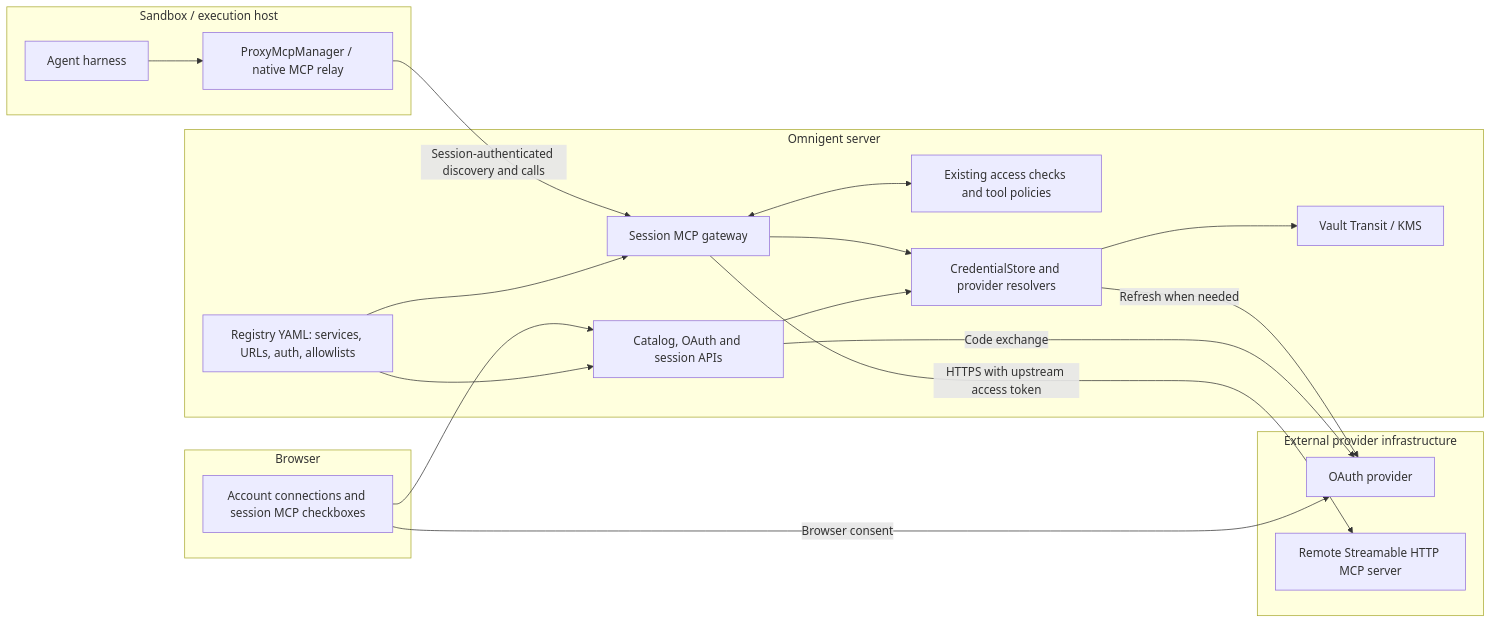
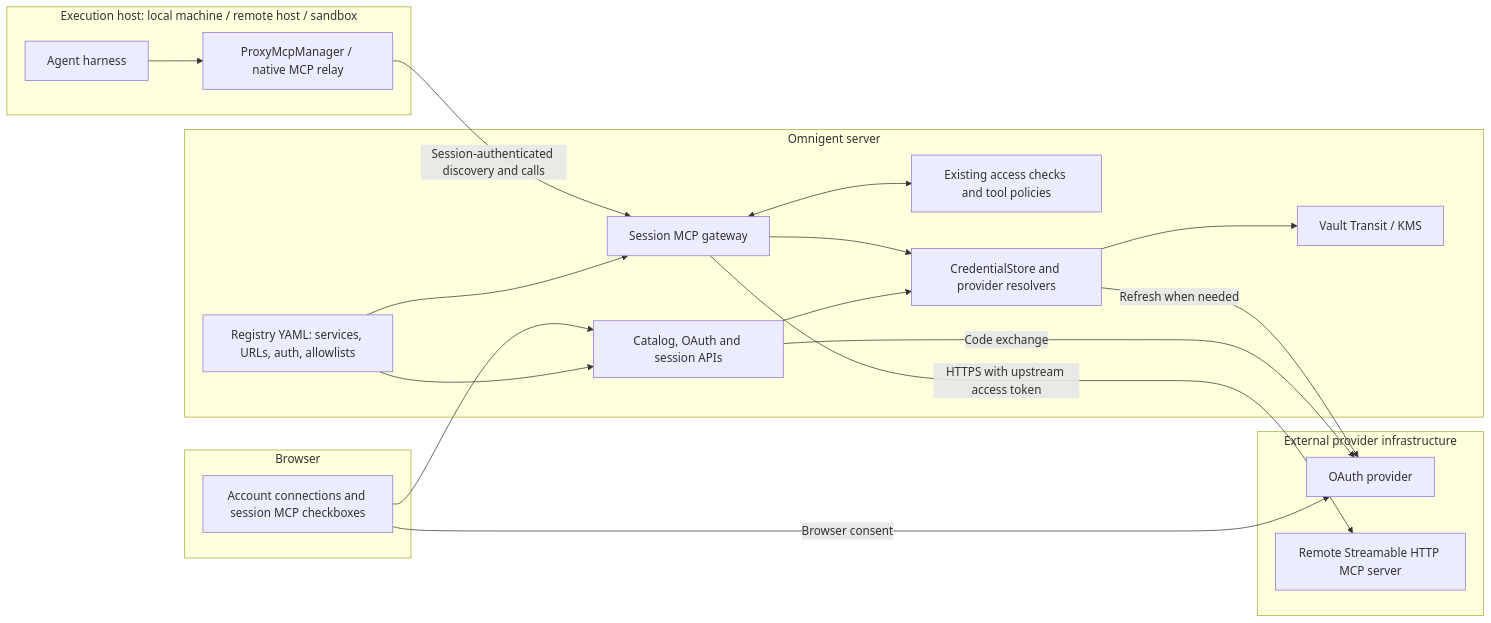
One commit to omnigent-ai/omnigent changed the first of 6 diagrams in designs/MCP_REGISTRY_GATEWAY.md. Above: the diagram before and after it, drawn with Mermaid. The commit also changed other lines of this file and 14 other files, not shown here.

````diff
--- a/designs/MCP_REGISTRY_GATEWAY.md
+++ b/designs/MCP_REGISTRY_GATEWAY.md
@@ -17,35 +20,35 @@
 ```mermaid
 flowchart LR
   subgraph browser[Browser]
     UI[Account connections and session MCP checkboxes]
   end
-  subgraph sandbox[Sandbox / execution host]
+  subgraph runner[Execution host: local machine / remote host / sandbox]
     H[Agent harness]
     P[ProxyMcpManager / native MCP relay]
     H --> P
   end
   subgraph server[Omnigent server]
     R[Registry YAML: services, URLs, auth, allowlists]
     A[Catalog, OAuth and session APIs]
     G[Session MCP gateway]
     Policy[Existing access checks and tool policies]
     C[CredentialStore and provider resolvers]
     K[Vault Transit / KMS]
     R --> A
     R --> G
     A --> C
     G <--> Policy
     G --> C
     C --> K
   end
   subgraph external[External provider infrastructure]
     O[OAuth provider]
     M[Remote Streamable HTTP MCP server]
   end
   UI --> A
   UI -->|Browser consent| O
   A -->|Code exchange| O
   C -->|Refresh when needed| O
   P -->|Session-authenticated discovery and calls| G
   G -->|HTTPS with upstream access token| M
 ```
````
